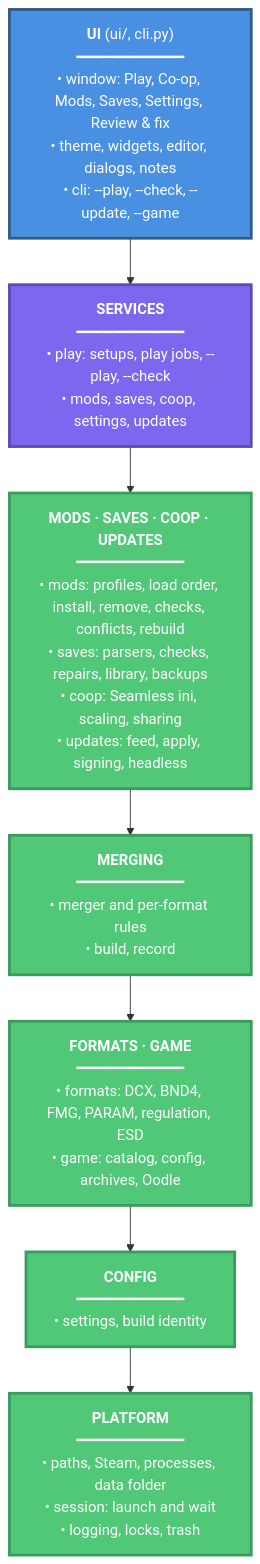
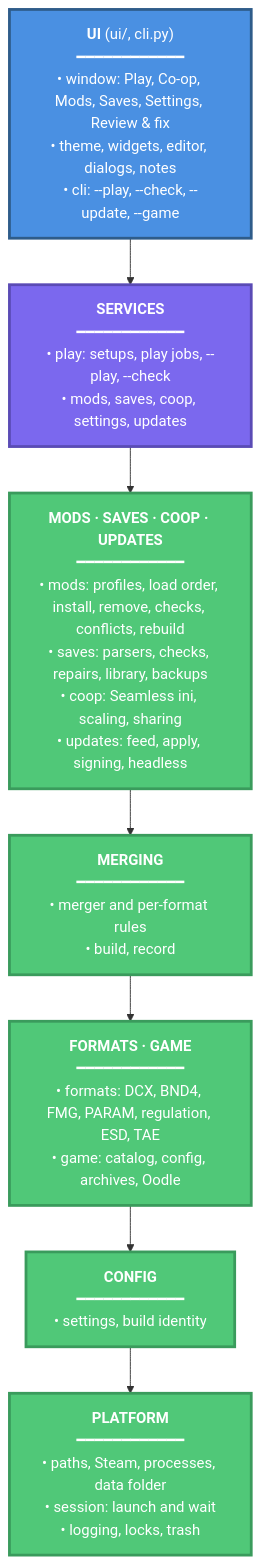
The diagram in README.md (Carlomos7/roundtable-souls), drawn with Mermaid before and after one commit. The commit also changed 13 other files, not shown here.

````diff
--- a/README.md
+++ b/README.md
@@ -9,24 +9,24 @@
 ```mermaid
 graph TD
     UI["<b>UI</b> (ui/, cli.py)<br/>━━━━━━━━━━━━<br/>• window: Play, Co-op, Mods, Saves, Settings, Review & fix<br/>• theme, widgets, editor, dialogs, notes<br/>• cli: --play, --check, --update, --game"]
     SERVICES["<b>SERVICES</b><br/>━━━━━━━━━━━━<br/>• play: setups, play jobs, --play, --check<br/>• mods, saves, coop, settings, updates"]
     AREAS["<b>MODS · SAVES · COOP · UPDATES</b><br/>━━━━━━━━━━━━<br/>• mods: profiles, load order, install, remove, checks, conflicts, rebuild<br/>• saves: parsers, checks, repairs, library, backups<br/>• coop: Seamless ini, scaling, sharing<br/>• updates: feed, apply, signing, headless"]
     MERGING["<b>MERGING</b><br/>━━━━━━━━━━━━<br/>• merger and per-format rules<br/>• build, record"]
-    FILES["<b>FORMATS · GAME</b><br/>━━━━━━━━━━━━<br/>• formats: DCX, BND4, FMG, PARAM, regulation, ESD<br/>• game: catalog, config, archives, Oodle"]
+    FILES["<b>FORMATS · GAME</b><br/>━━━━━━━━━━━━<br/>• formats: DCX, BND4, FMG, PARAM, regulation, ESD, TAE<br/>• game: catalog, config, archives, Oodle"]
     CONFIG["<b>CONFIG</b><br/>━━━━━━━━━━━━<br/>• settings, build identity"]
     PLATFORM["<b>PLATFORM</b><br/>━━━━━━━━━━━━<br/>• paths, Steam, processes, data folder<br/>• session: launch and wait<br/>• logging, locks, trash"]
 
     UI --> SERVICES
     SERVICES --> AREAS
     AREAS --> MERGING
     MERGING --> FILES
     FILES --> CONFIG
     CONFIG --> PLATFORM
 
     classDef ui fill:#4A90E2,stroke:#2E5C8A,stroke-width:3px,color:#fff
     classDef core fill:#7B68EE,stroke:#5A4BB5,stroke-width:3px,color:#fff
     classDef layer fill:#50C878,stroke:#3A9B5C,stroke-width:3px,color:#fff
     class UI ui
     class SERVICES core
     class AREAS,MERGING,FILES,CONFIG,PLATFORM layer
 ```
````
